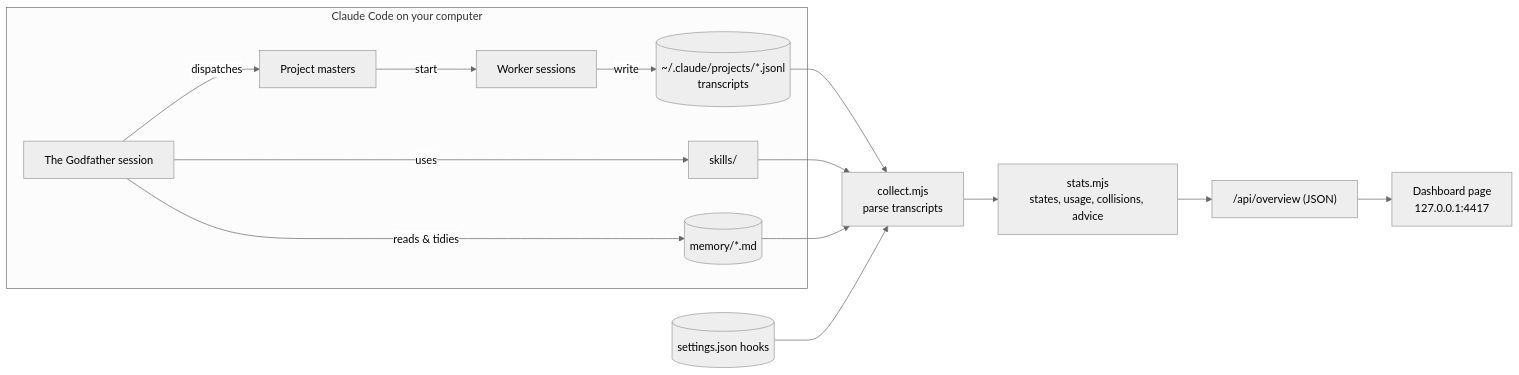
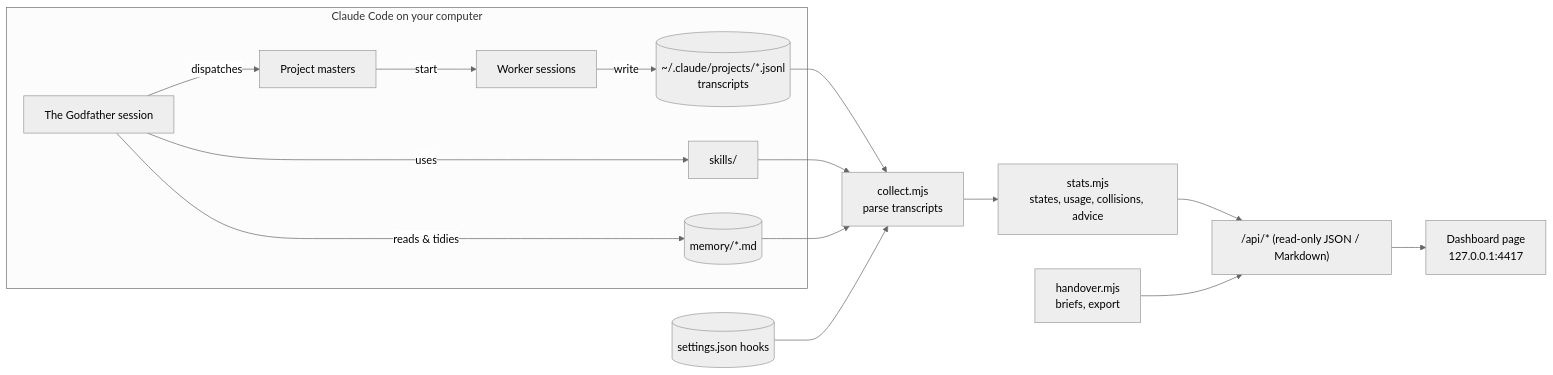
The diagram in README.md (chamu262/claude-godfather), drawn with Mermaid (neutral theme) before and after one commit. The commit also changed other lines of this file and 27 other files, not shown here.

First line of the commit message:
Dashboard: done-unseen alerts, handover briefs, search, usage windows, doctor

````diff
--- a/README.md
+++ b/README.md
@@ -64,17 +86,18 @@
 ```mermaid
 flowchart LR
   subgraph Claude Code on your computer
     G[The Godfather session] -- dispatches --> M[Project masters]
     M -- start --> W[Worker sessions]
     W -- write --> T[(~/.claude/projects/*.jsonl<br/>transcripts)]
     G -- uses --> S[skills/]
     G -- reads & tidies --> Mem[(memory/*.md)]
   end
   T --> C[collect.mjs<br/>parse transcripts]
   S --> C
   Mem --> C
   H[(settings.json hooks)] --> C
   C --> St[stats.mjs<br/>states, usage, collisions, advice]
-  St --> API["/api/overview (JSON)"]
+  St --> API["/api/* (read-only JSON / Markdown)"]
+  HO[handover.mjs<br/>briefs, export] --> API
   API --> UI[Dashboard page<br/>127.0.0.1:4417]
 ```
````
